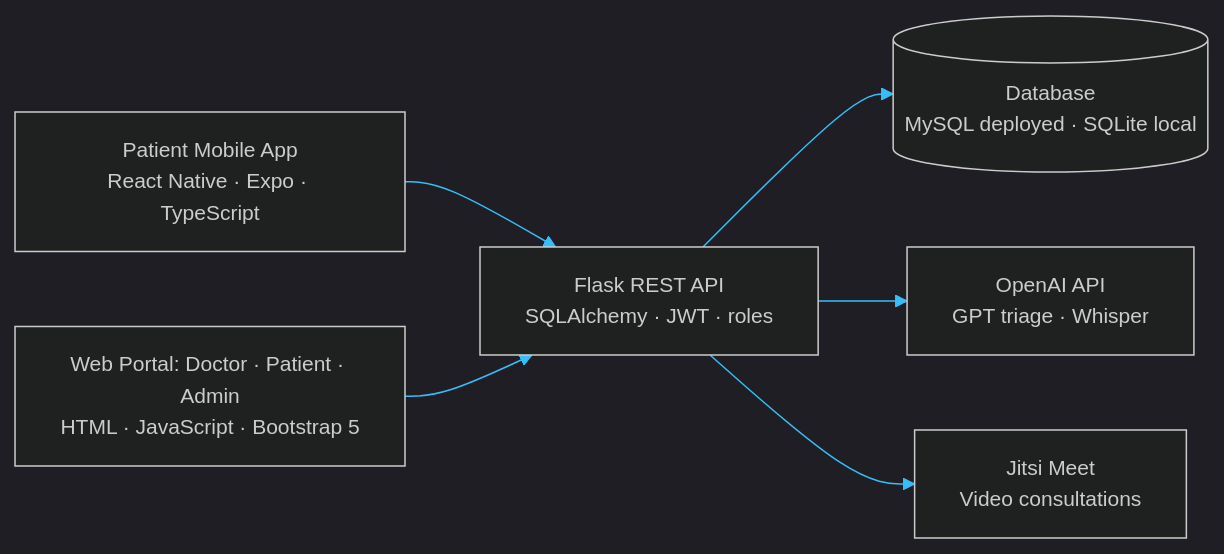
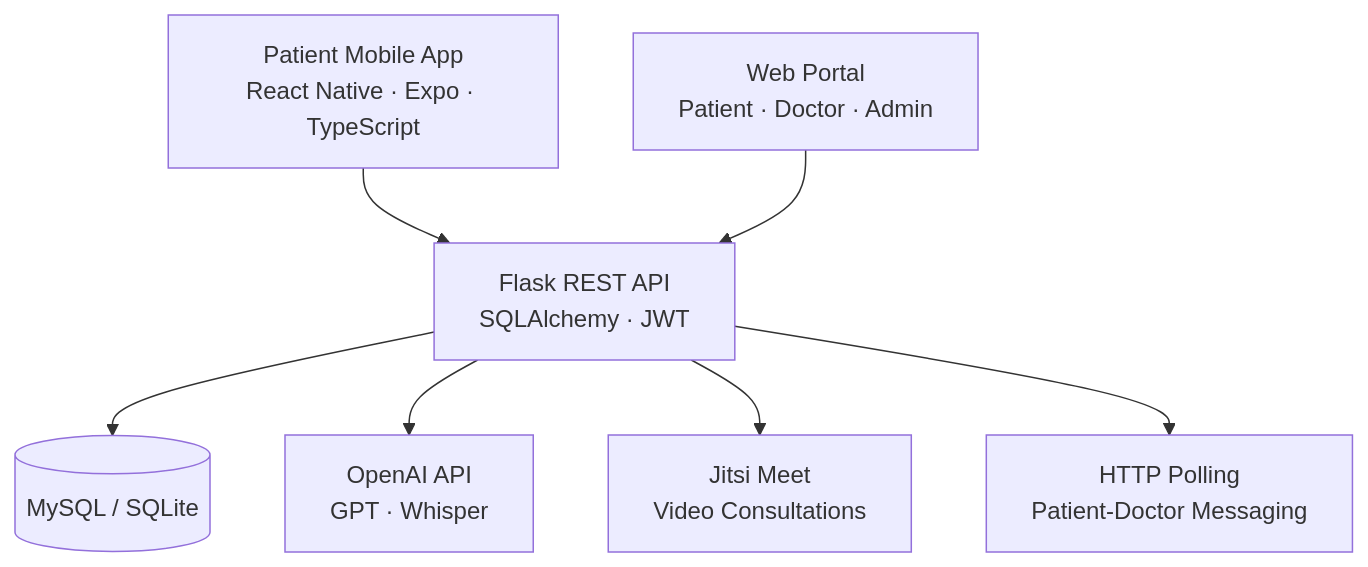
One commit to Awab7-ux/Awab7-ux changed the first of 5 diagrams in README.md. Above: the diagram before and after it, drawn with Mermaid. The commit also changed other lines of this file, not shown here.

````diff
--- a/README.md
+++ b/README.md
@@ -371,9 +70,12 @@
 ```mermaid
-%%{init: {'theme':'dark','themeVariables':{'primaryColor':'#0F2A4A','primaryBorderColor':'#38BDF8','lineColor':'#38BDF8','primaryTextColor':'#E6F1FF','fontSize':'14px'}}}%%
-flowchart LR
-  M["Patient Mobile App<br/>React Native · Expo · TypeScript"] --> API
-  W["Web Portal: Doctor · Patient · Admin<br/>HTML · JavaScript · Bootstrap 5"] --> API
-  API["Flask REST API<br/>SQLAlchemy · JWT · roles"] --> DB[("Database<br/>MySQL deployed · SQLite local")]
-  API --> AI["OpenAI API<br/>GPT triage · Whisper"]
-  API --> J["Jitsi Meet<br/>Video consultations"]
+flowchart TD
+    P["Patient Mobile App<br/>React Native · Expo · TypeScript"]
+    W["Web Portal<br/>Patient · Doctor · Admin"]
+    P --> API
+    W --> API
+    API["Flask REST API<br/>SQLAlchemy · JWT"]
+    API --> DB[("MySQL / SQLite")]
+    API --> AI["OpenAI API<br/>GPT · Whisper"]
+    API --> J["Jitsi Meet<br/>Video Consultations"]
+    API --> CHAT["HTTP Polling<br/>Patient-Doctor Messaging"]
 ```
````
